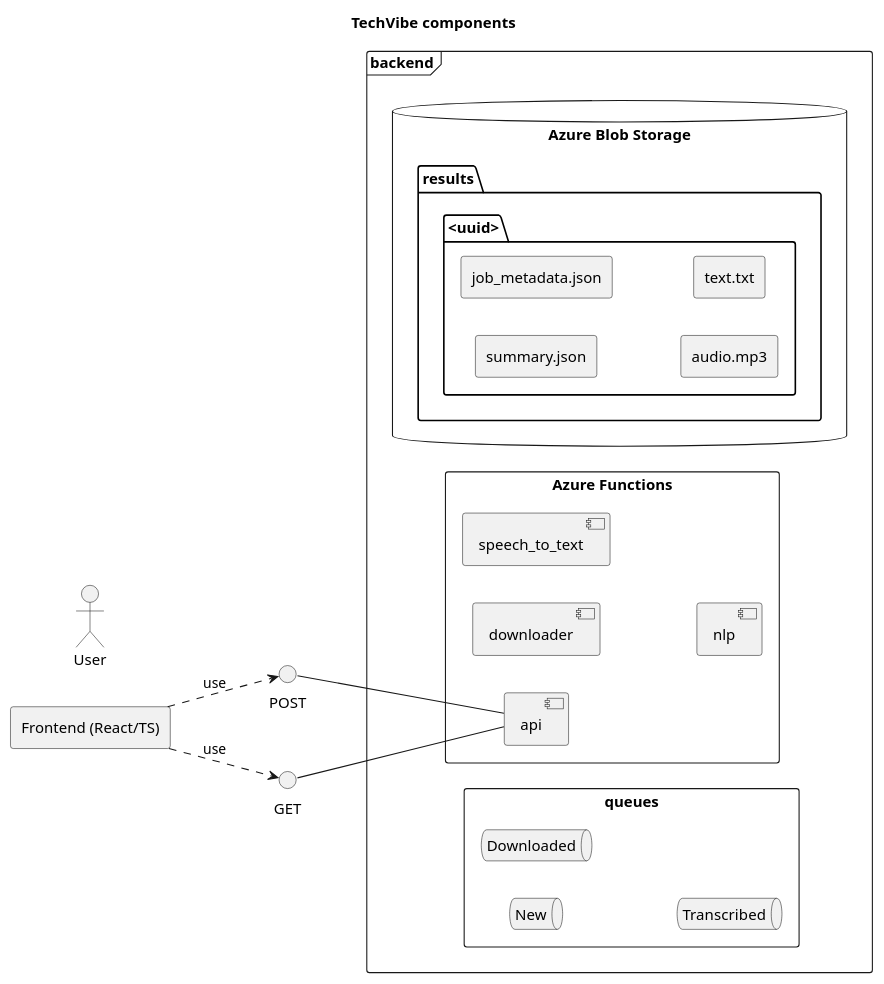
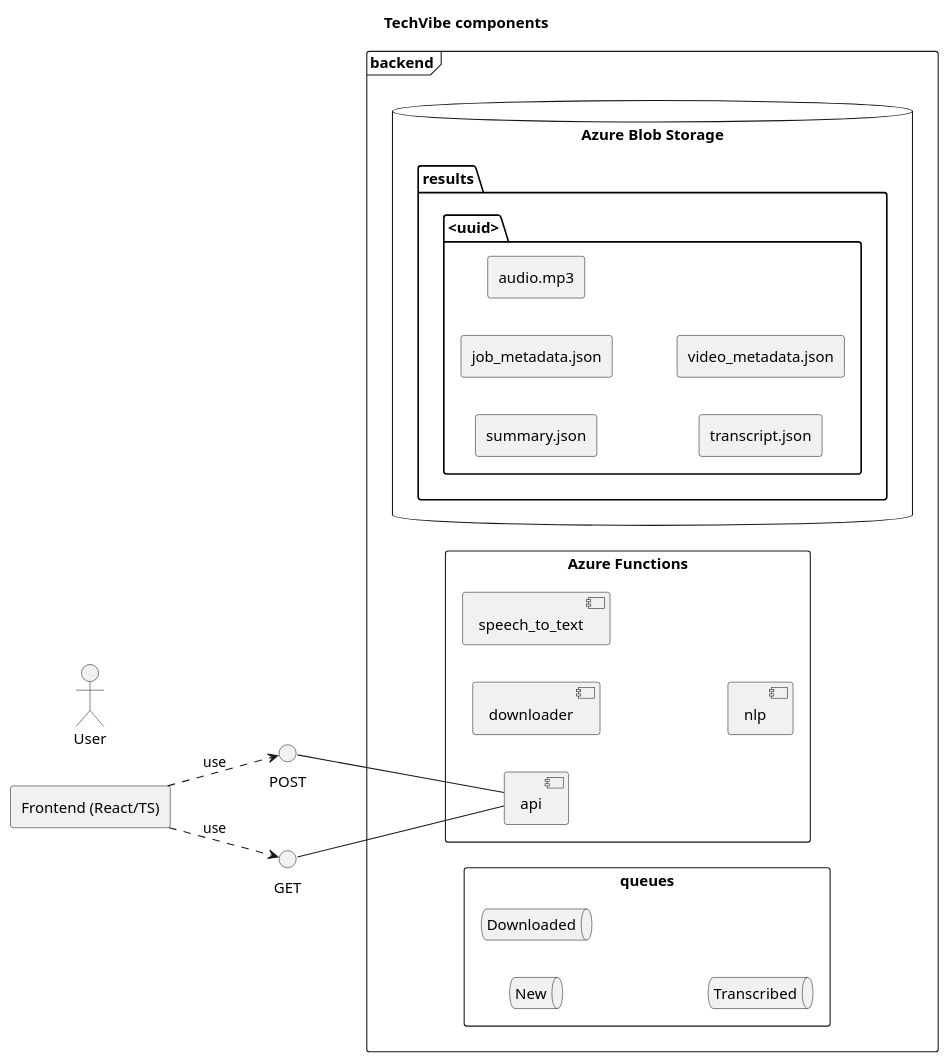
One commit to Yehor-Kovalenko/TechVibe changed the diagram in docs/architecture.puml. Above: the diagram before and after it, drawn with PlantUML. The commit also changed 3 other files, not shown here.

```diff
--- a/docs/architecture.puml
+++ b/docs/architecture.puml
@@ -1,44 +1,45 @@
 @startuml
 title TechVibe components
 left to right direction
 
 actor User
 
 rectangle "Frontend (React/TS)" as Frontend
 
 frame "backend" {
 database "Azure Blob Storage" as Blob {
     folder "results" {
         folder "<uuid>" {
             rectangle summary.json
             rectangle job_metadata.json
             rectangle audio.mp3
-            rectangle text.txt
+            rectangle transcript.json
+            rectangle video_metadata.json
         }
    }
 }
 
 rectangle "Azure Functions" as Functions {
     component "api" as F0
     component "downloader" as F1
     component "speech_to_text" as F2
     component "nlp" as F3
 }
 
 rectangle queues {
     queue "New" as SQ
     queue "Downloaded" as DQ
     queue "Transcribed" as TQ
 }
 }
 
 interface POST
 interface GET
 
 POST -down- [F0]
 GET -down- [F0]
 
 Frontend ..> POST: use
 Frontend ..> GET: use
 
 @enduml
```
